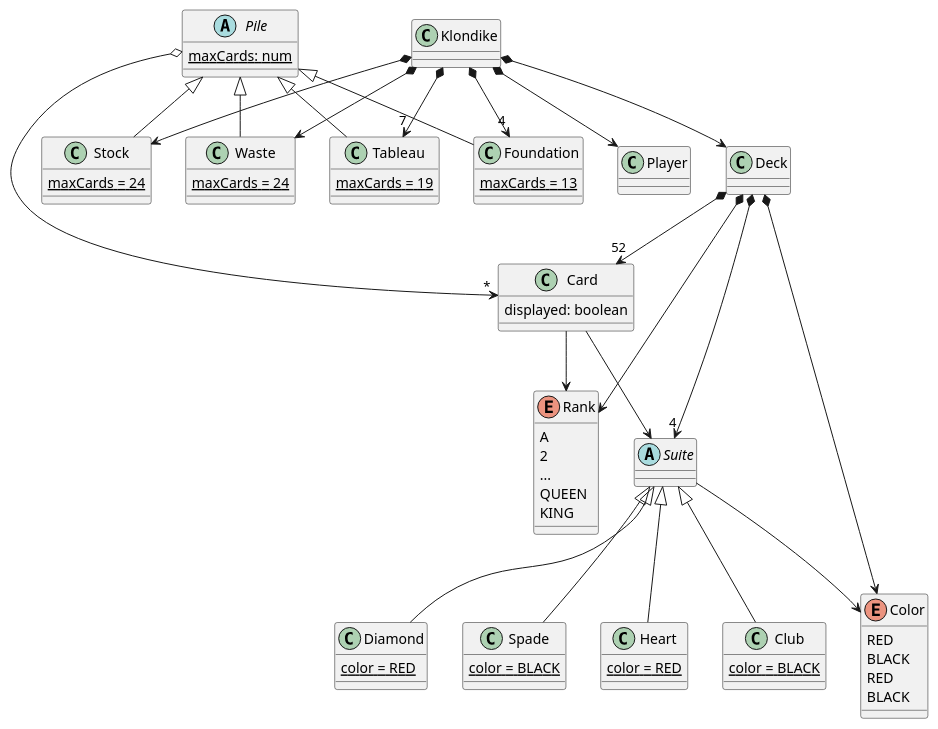
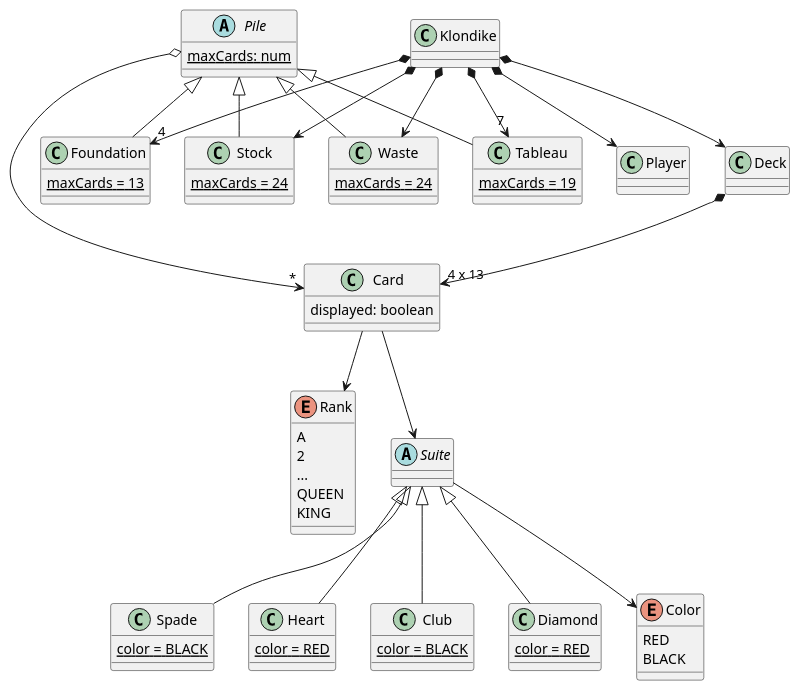
Before and after one commit to PabloMartinFluvia/IT-School: the diagram in MPDS/Klondike/docs/src/domain model overview.plantuml, drawn with PlantUML. The commit also changed 8 other files, not shown here.

```diff
--- a/MPDS/Klondike/docs/src/domain model overview.plantuml
+++ b/MPDS/Klondike/docs/src/domain model overview.plantuml
@@ -1,89 +1,82 @@
 @startuml
 
 class Klondike
 class Player
 class Deck
 
 abstract class Pile{
     {static} maxCards: num
 }
 
 class Stock{
     {static} maxCards = 24
 }
 class Waste{
     {static} maxCards = 24
 }
 class Tableau{
     {static} maxCards = 19
 }
 class Foundation{
     {static} maxCards = 13
 }
 
 class Card{
     displayed: boolean
 }
 
 enum Rank{
     A
     2
     ...
     QUEEN
     KING
 }
 
 abstract class Suite
 class Spade{
     {static} color = BLACK
 }
 class Heart{
     {static} color = RED
 }
 class Club{
     {static} color = BLACK
 }
 class Diamond{
     {static} color = RED
 }
 
 enum Color{
     RED
     BLACK
 }
 
 Klondike *-down-> Player
-enum Color{
-    RED
-    BLACK
-}
 
 Klondike *-down-> Deck
 Klondike *-down-> Stock
 Klondike *-down-> Waste
 Klondike *-down-> "7" Tableau
 Klondike *-down-> "4" Foundation
 
-Deck *-down-> "52" Card
-Deck *-down-> Rank
-Deck *-down-> Color
-Deck *-down-> "4" Suite
+Deck *-down-> "4 x 13" Card
 
 Card -down-> Suite
 Card -down-> Rank
 
 Suite <|-down- Spade
 Suite <|-down- Heart
 Suite <|-down- Club
 Suite <|-down- Diamond
 Suite -down-> Color
 
 Pile o-down-> "*" Card
 
 Pile <|-down- Stock
 Pile <|-down- Waste
 Pile <|-down- Tableau
 Pile <|-down- Foundation
 
 
 @enduml
```
